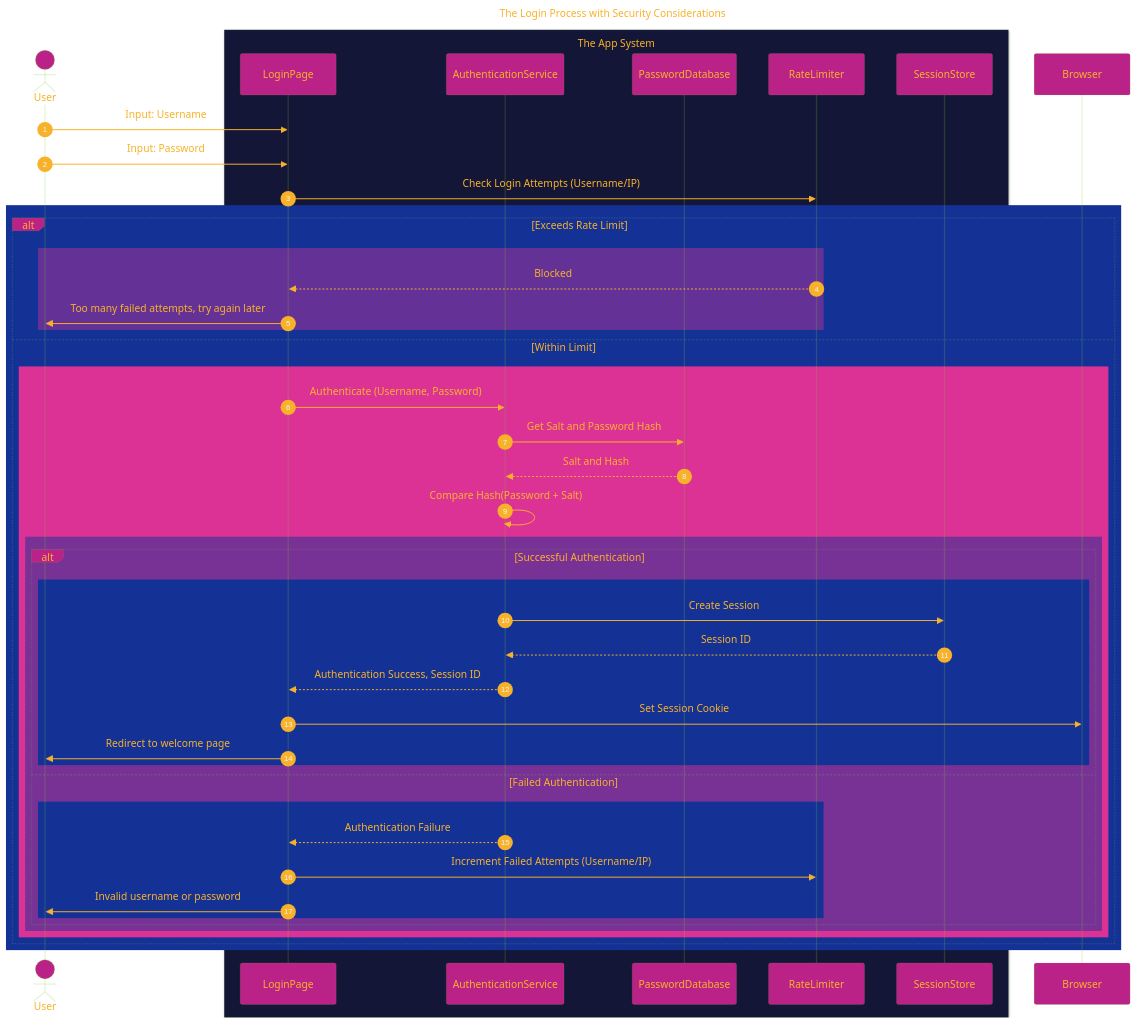
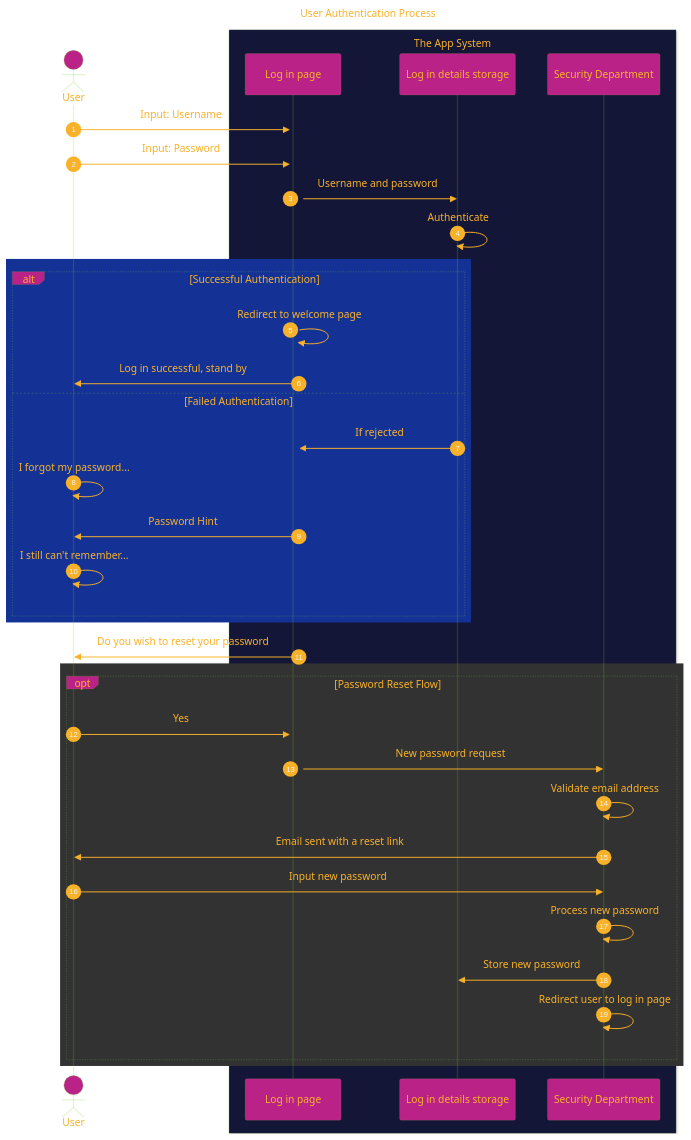
One commit to CongLeSolutionX/iOS-development-vault changed the diagram in User_Authentication_Process/User_Authentication_Process_Draft_1.md. Above: the diagram before and after it, drawn with Mermaid. The commit also changed other lines of this file and 2 other files, not shown here.

````diff
--- a/User_Authentication_Process/User_Authentication_Process_Draft_1.md
+++ b/User_Authentication_Process/User_Authentication_Process_Draft_1.md
@@ -33,78 +27,69 @@
 ```mermaid
 ---
-title: "The Login Process with Security Considerations"
+title: "User Authentication Process"
 author: "Cong Le"
 version: "1.0"
 license(s): "MIT, CC BY 4.0"
 copyright: "Copyright (c) 2025 Cong Le. All Rights Reserved."
 config:
   theme: base
 ---
 %%%%%%%% Mermaid version v11.4.1-b.14
 %%%%%%%% Available curve styles include the following keywords:
 %% basis, bumpX, bumpY, cardinal, catmullRom, linear, monotoneX, monotoneY, natural, step, stepAfter, stepBefore.
 %%{
   init: {
     'sequenceDiagram': { 'htmlLabels': false},
-    'fontFamily': 'Fantasy',
+    'fontFamily': 'verdana',
     'themeVariables': {
       'primaryColor': '#B28',
       'primaryTextColor': '#F8B229',
       'primaryBorderColor': '#7C33',
       'secondaryColor': '#0615'
     }
   }
 }%%
 sequenceDiagram
     autonumber
-    
-    Actor User
-    
+
+    Actor Customer as User
+  
     box rgb(20, 22, 55) The App System
-        participant LoginPage
-        participant AuthenticationService
-        participant PasswordDatabase
-        participant RateLimiter
-        participant SessionStore
+        participant LoginPage as Log in page
+        participant P1 as Log in details storage
+        participant P2 as Security Department
     end
 
-    participant Browser
+    Customer ->>+ LoginPage: Input: Username
+    Customer ->>+ LoginPage: Input: Password
+    LoginPage ->> P1: Username and password
+    P1 ->> P1: Authenticate
 
-    User ->> LoginPage: Input: Username
-    User ->> LoginPage: Input: Password
-    LoginPage ->> RateLimiter: Check Login Attempts (Username/IP)
-    
     rect rgb(20, 50, 150)
-        alt Exceeds Rate Limit
-            rect rgb(100, 50, 150)
-                RateLimiter -->> LoginPage: Blocked
-                LoginPage ->> User: Too many failed attempts, try again later
-            end
-        else Within Limit
-            rect rgb(220, 50, 150)
-                LoginPage ->> AuthenticationService: Authenticate (Username, Password)
-                AuthenticationService ->> PasswordDatabase: Get Salt and Password Hash
-                PasswordDatabase -->> AuthenticationService: Salt and Hash
-                AuthenticationService ->> AuthenticationService: Compare Hash(Password + Salt)
-                rect rgb(120, 50, 150)
-                    alt Successful Authentication
-                        rect rgb(20, 50, 150)
-                            AuthenticationService ->> SessionStore: Create Session
-                            SessionStore -->> AuthenticationService: Session ID
-                            AuthenticationService -->> LoginPage: Authentication Success, Session ID
-                            LoginPage ->> Browser: Set Session Cookie
-                            LoginPage ->> User: Redirect to welcome page
-                        end
-                    else Failed Authentication
-                        rect rgb(20, 50, 150)
-                            AuthenticationService -->> LoginPage: Authentication Failure
-                            LoginPage ->> RateLimiter: Increment Failed Attempts (Username/IP)
-                            LoginPage ->> User: Invalid username or password
-                        end
-                    end
-                end
-            end
+        alt Successful Authentication
+            LoginPage ->> LoginPage: Redirect to welcome page
+            LoginPage ->> Customer: Log in successful, stand by
+        else Failed Authentication
+            P1 ->> LoginPage: If rejected
+            Customer ->> Customer: I forgot my password...
+            LoginPage ->> Customer: Password Hint
+            Customer ->> Customer: I still can't remember...
         end
     end
-  
+
+    LoginPage ->> Customer: Do you wish to reset your password
+    
+    rect rgb(50, 50, 50)
+        opt Password Reset Flow
+            Customer ->> LoginPage: Yes
+            LoginPage ->> P2: New password request
+            P2 ->> P2: Validate email address
+            P2 ->> Customer: Email sent with a reset link
+            Customer ->> P2: Input new password
+            P2 ->> P2: Process new password
+            P2 ->> P1: Store new password
+            P2 ->> P2: Redirect user to log in page
+        end
+    end
+    
 ```
````
